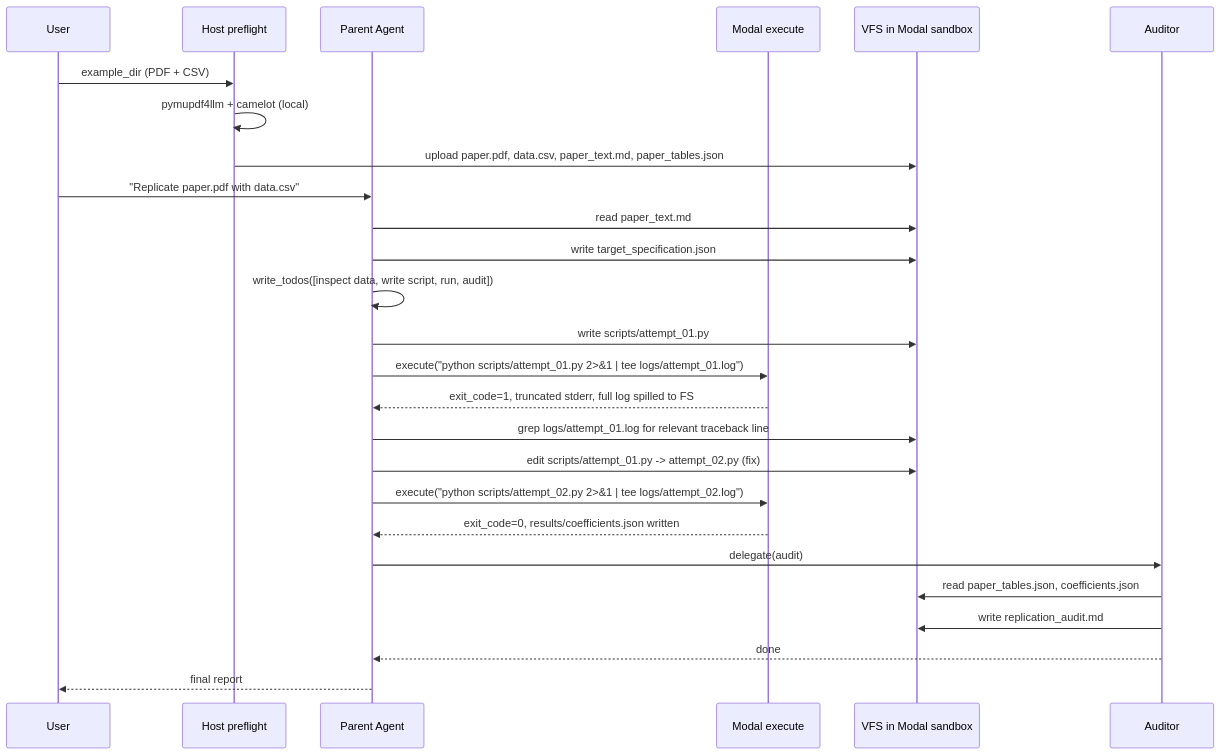
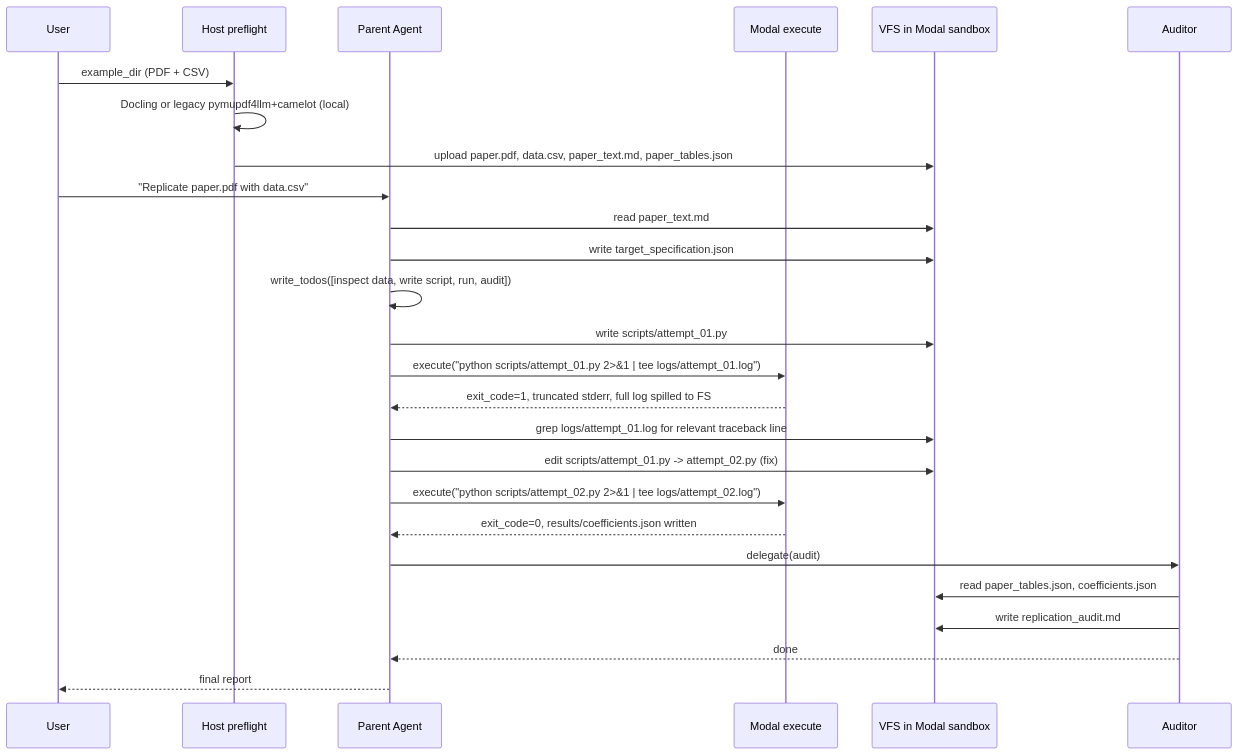
Before and after one commit to samikh-git/replicate-ai: the second of 2 diagrams in docs/DESIGN.md, drawn with Mermaid. The commit also changed other lines of this file and 65 other files, not shown here.

````diff
--- a/docs/DESIGN.md
+++ b/docs/DESIGN.md
@@ -518,29 +520,29 @@
 ```mermaid
 sequenceDiagram
     participant U as User
     participant H as Host preflight
     participant P as Parent Agent
     participant Exec as Modal execute
     participant FS as VFS in Modal sandbox
     participant A as Auditor
 
     U->>H: example_dir (PDF + CSV)
-    H->>H: pymupdf4llm + camelot (local)
+    H->>H: Docling or legacy pymupdf4llm+camelot (local)
     H->>FS: upload paper.pdf, data.csv, paper_text.md, paper_tables.json
     U->>P: "Replicate paper.pdf with data.csv"
     P->>FS: read paper_text.md
     P->>FS: write target_specification.json
     P->>P: write_todos([inspect data, write script, run, audit])
     P->>FS: write scripts/attempt_01.py
     P->>Exec: execute("python scripts/attempt_01.py 2>&1 | tee logs/attempt_01.log")
     Exec-->>P: exit_code=1, truncated stderr, full log spilled to FS
     P->>FS: grep logs/attempt_01.log for relevant traceback line
     P->>FS: edit scripts/attempt_01.py -> attempt_02.py (fix)
     P->>Exec: execute("python scripts/attempt_02.py 2>&1 | tee logs/attempt_02.log")
     Exec-->>P: exit_code=0, results/coefficients.json written
     P->>A: delegate(audit)
     A->>FS: read paper_tables.json, coefficients.json
     A->>FS: write replication_audit.md
     A-->>P: done
     P-->>U: final report
 ```
````
